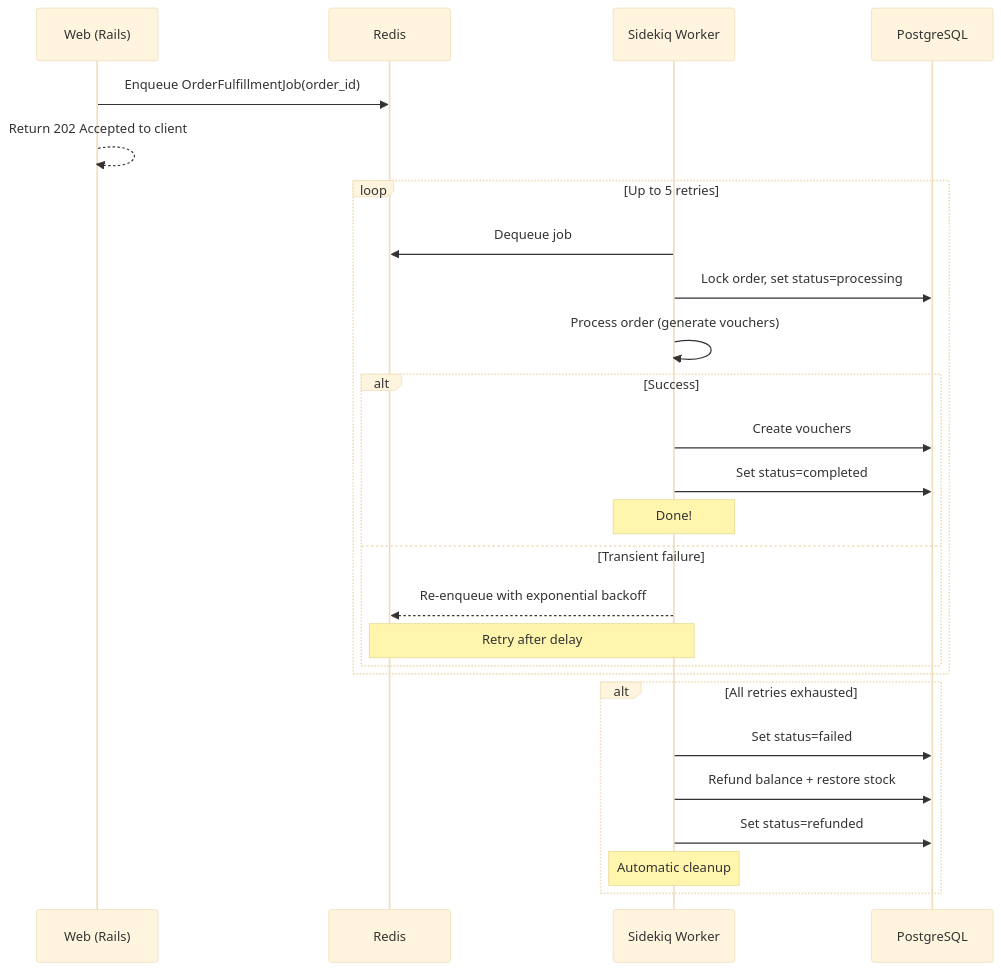
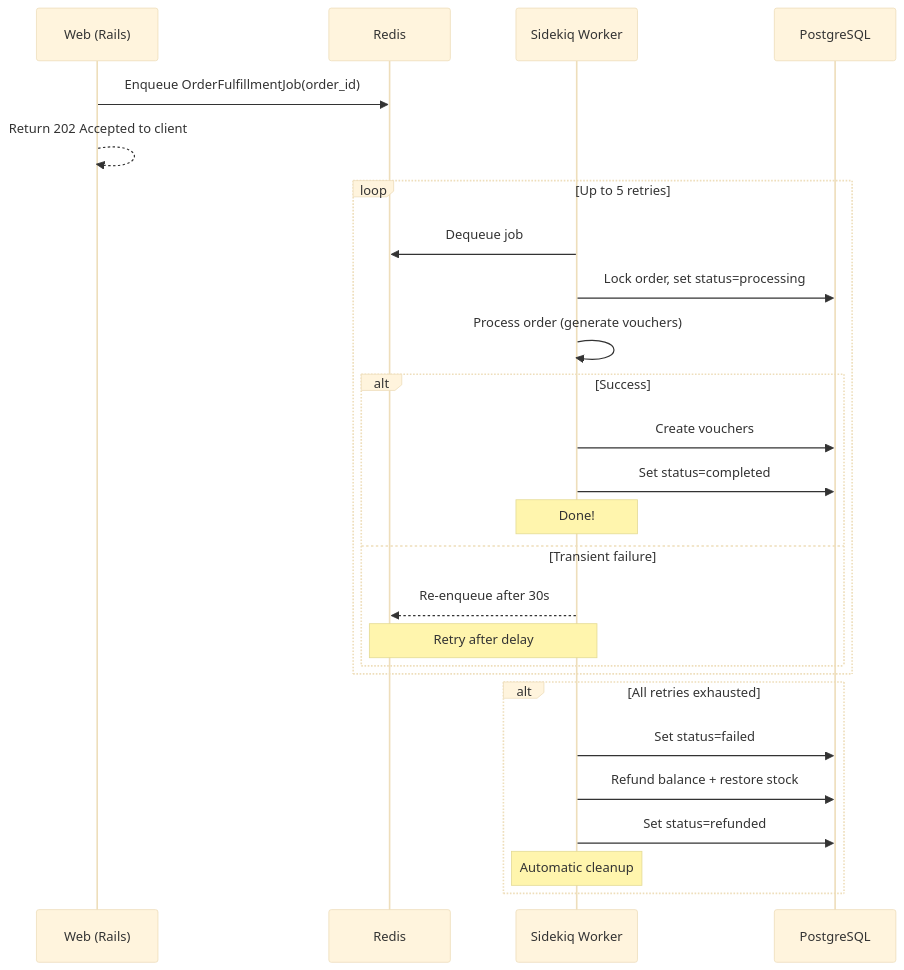
The diagram in docs/background-jobs.md (code-it-samurai/Voucher-Vendor-API-Rails), drawn with Mermaid (base theme) before and after one commit. The commit also changed other lines of this file and 6 other files, not shown here.

````diff
--- a/docs/background-jobs.md
+++ b/docs/background-jobs.md
@@ -15,32 +15,32 @@
 ```mermaid
 sequenceDiagram
     participant W as Web (Rails)
     participant R as Redis
     participant S as Sidekiq Worker
     participant DB as PostgreSQL
 
     W->>R: Enqueue OrderFulfillmentJob(order_id)
     W-->>W: Return 202 Accepted to client
 
     loop Up to 5 retries
         S->>R: Dequeue job
         S->>DB: Lock order, set status=processing
         S->>S: Process order (generate vouchers)
 
         alt Success
             S->>DB: Create vouchers
             S->>DB: Set status=completed
             Note over S: Done!
         else Transient failure
-            S-->>R: Re-enqueue with exponential backoff
+            S-->>R: Re-enqueue after 30s
             Note over S,R: Retry after delay
         end
     end
 
     alt All retries exhausted
         S->>DB: Set status=failed
         S->>DB: Refund balance + restore stock
         S->>DB: Set status=refunded
         Note over S: Automatic cleanup
     end
 ```
````
